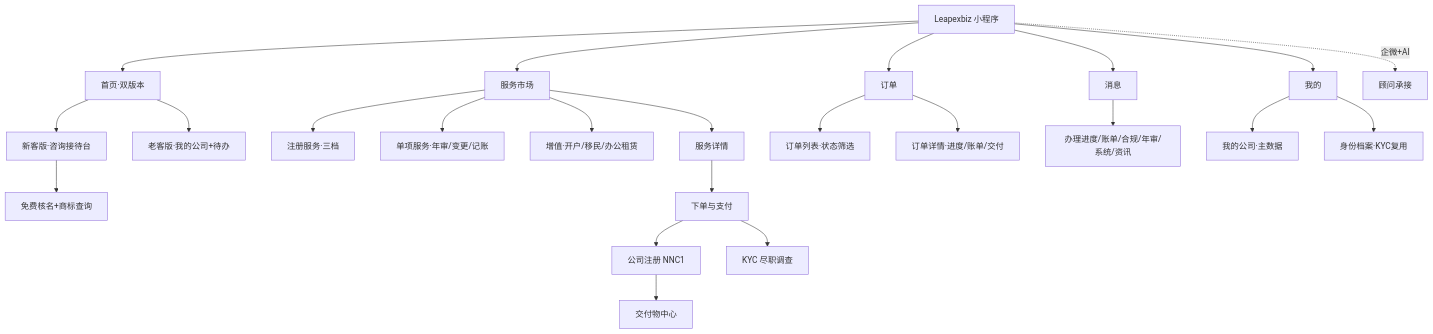
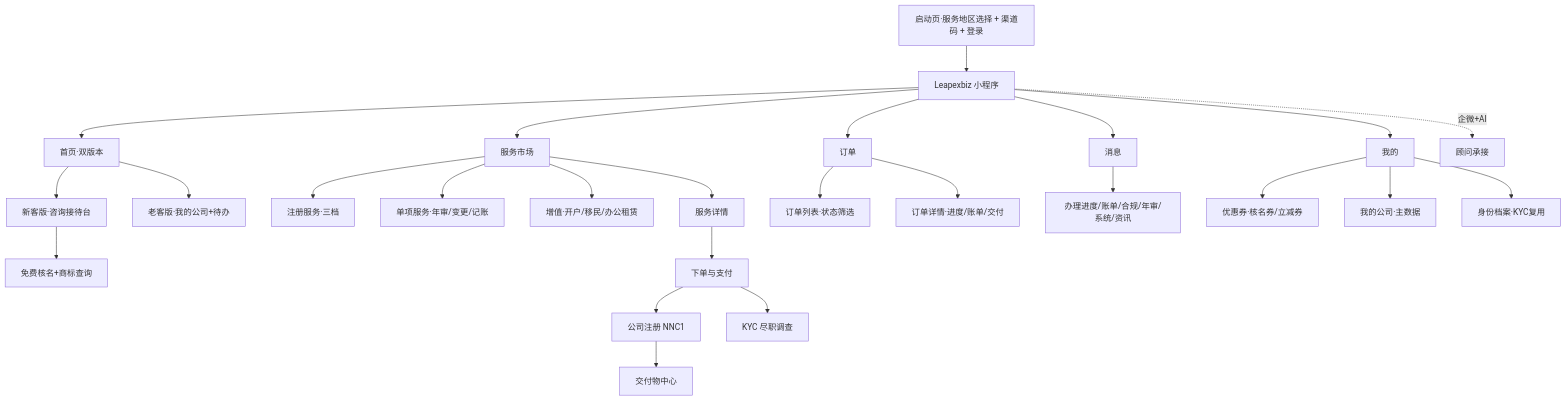
Before and after one commit to xiahan3/leapex_Leapexbiz: the first of 7 diagrams in docs/PRD_小程序完整版_v1.0.md, drawn with Mermaid. The commit also changed other lines of this file, not shown here.

Commit message:
PRD小程序v1.0正文同步最新设计：§5.1入口改登录流(启动页选服务地区+渠道码+手机/微信登录,去初始化步骤)+重画入口/注册mermaid;§5.2核名双名+简转繁;§5.4支付加优惠券;§5.5章程去自订+语言/业务办理约1周取正本;§5.6 KYC手机人脸+证件港证护照其他+PEP仅后台;§5.10公司表单收敛;§5.11加优惠券模块;§二功能清单加登录/优惠券;§十标注为历史留痕

````diff
--- a/docs/PRD_小程序完整版_v1.0.md
+++ b/docs/PRD_小程序完整版_v1.0.md
@@ -49,29 +49,31 @@
 ```mermaid
 graph TD
-  A[Leapexbiz 小程序] --> H[首页·双版本]
+  LG[启动页·服务地区选择 + 渠道码 + 登录] --> A[Leapexbiz 小程序]
+  A --> H[首页·双版本]
   A --> S[服务市场]
   A --> O[订单]
   A --> M[消息]
   A --> ME[我的]
+  ME --> ME3[优惠券·核名券/立减券]
 
   H --> H1[新客版·咨询接待台]
   H --> H2[老客版·我的公司+待办]
   H1 --> NC[免费核名+商标查询]
 
   S --> S1[注册服务·三档]
   S --> S2[单项服务·年审/变更/记账]
   S --> S3[增值·开户/移民/办公租赁]
   S --> SD[服务详情]
 
   SD --> PAY[下单与支付]
   PAY --> REG[公司注册 NNC1]
   PAY --> KYC[KYC 尽职调查]
   REG --> DLV[交付物中心]
 
   O --> O1[订单列表·状态筛选]
   O --> O2[订单详情·进度/账单/交付]
   M --> M1[办理进度/账单/合规/年审/系统/资讯]
   ME --> ME1[我的公司·主数据]
   ME --> ME2[身份档案·KYC复用]
   A -.企微+AI.-> WC[顾问承接]
 ```
````
